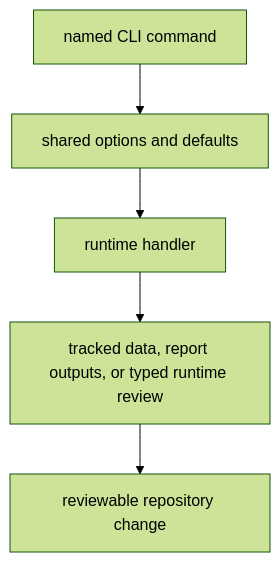
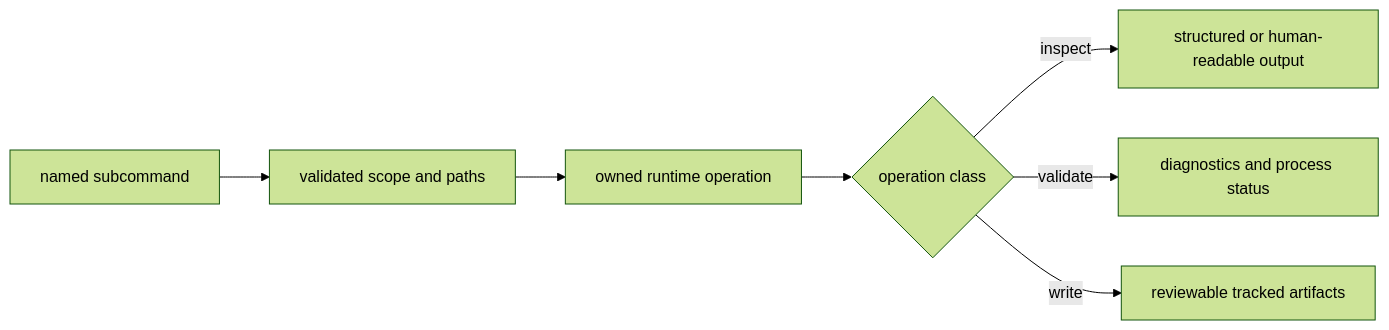
The diagram in docs/public/pollenomics/interfaces/cli-surface.md (bijux/bijux-pollenomics), drawn with Mermaid (forest theme) before and after one commit. The commit also changed other lines of this file and 3 other files, not shown here.

Commit message:
docs(runtime): expose ownership and command effects

````diff
--- a/docs/public/pollenomics/interfaces/cli-surface.md
+++ b/docs/public/pollenomics/interfaces/cli-surface.md
@@ -22,13 +17,9 @@
 ```mermaid
-flowchart TB
-    command["named CLI command"]
-    options["shared options and defaults"]
-    handler["runtime handler"]
-    outputs["tracked data, report outputs, or typed runtime review"]
-    review["reviewable repository change"]
-
-    command --> options
-    options --> handler
-    handler --> outputs
-    outputs --> review
+flowchart LR
+    Command["named subcommand"] --> Arguments["validated scope and paths"]
+    Arguments --> Handler["owned runtime operation"]
+    Handler --> Result{"operation class"}
+    Result -->|inspect| Stdout["structured or human-readable output"]
+    Result -->|validate| Status["diagnostics and process status"]
+    Result -->|write| Files["reviewable tracked artifacts"]
 ```
````
